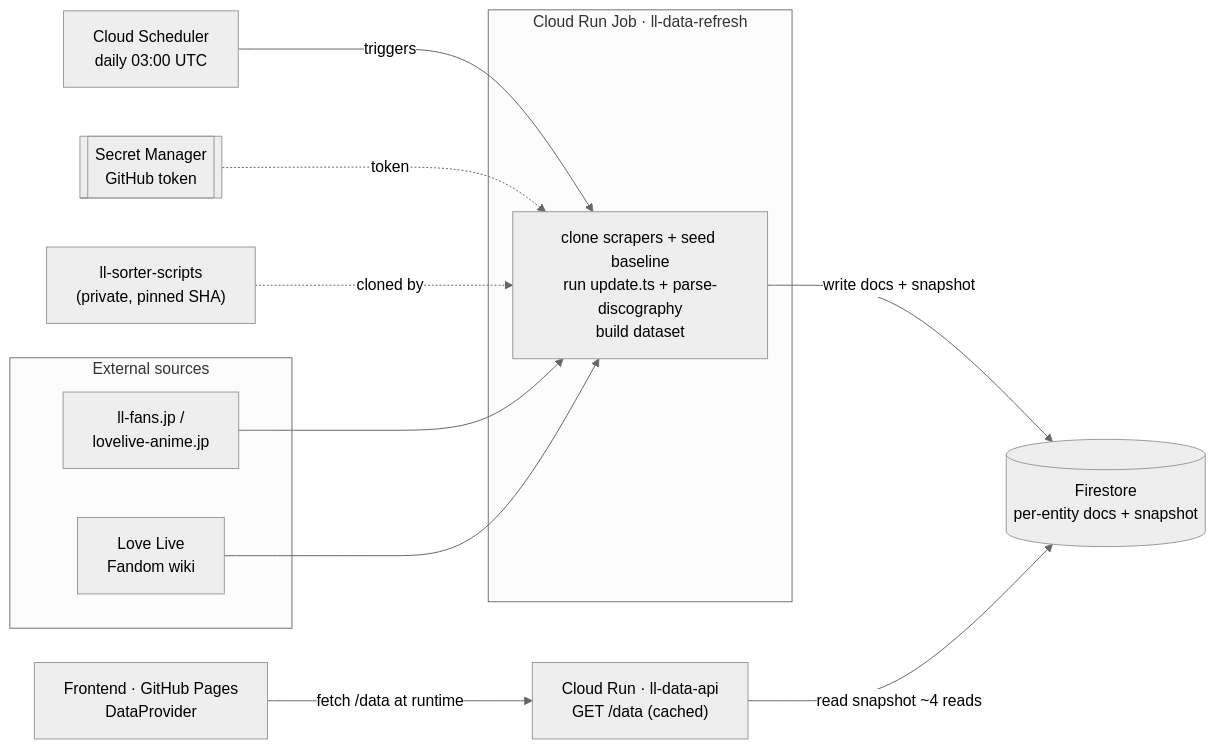
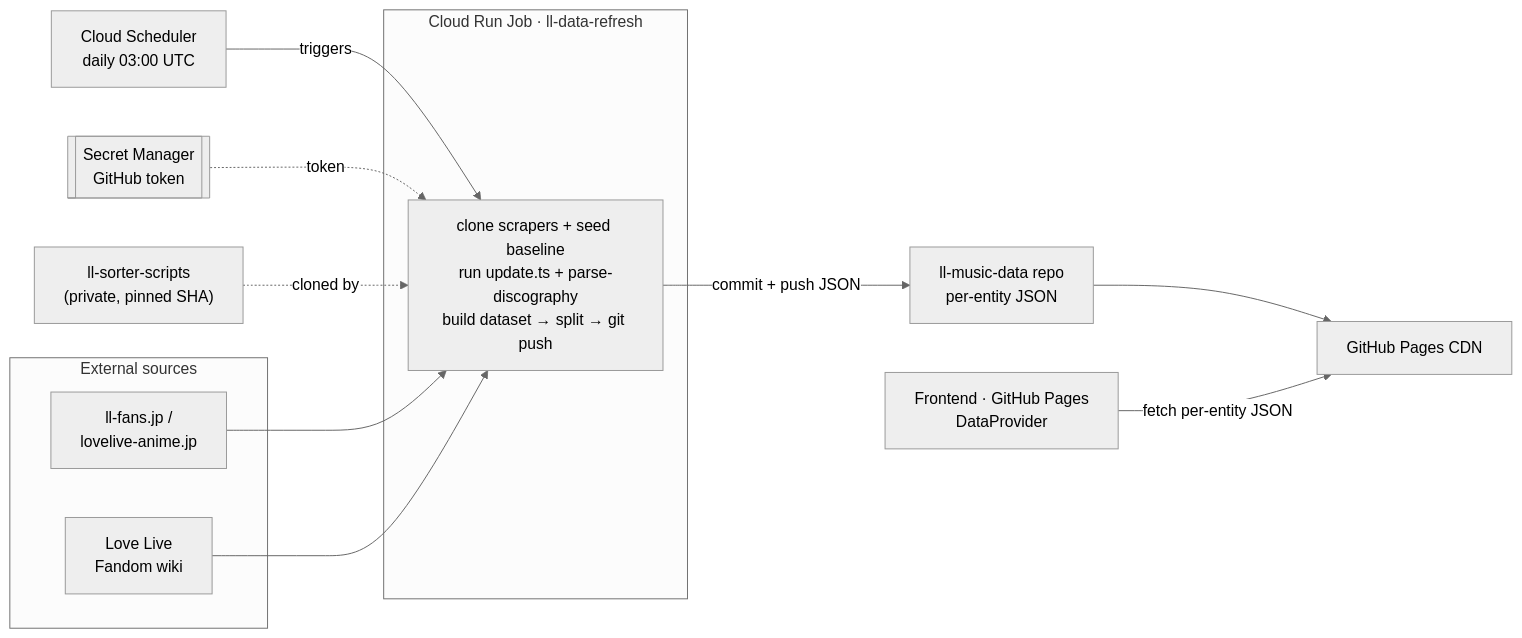
One commit to mting314/ll-music-reactions changed the first of 2 diagrams in pipeline/README.md. Above: the diagram before and after it, drawn with Mermaid (neutral theme). The commit also changed other lines of this file and 16 other files, not shown here.

First line of the commit message:
Publish JSON from the pipeline job; drop Firestore + data-api (#31)

````diff
--- a/pipeline/README.md
+++ b/pipeline/README.md
@@ -14,28 +12,28 @@
 ```mermaid
 flowchart LR
     subgraph ext["External sources"]
         LF["ll-fans.jp /<br/>lovelive-anime.jp"]
         WIKI["Love Live<br/>Fandom wiki"]
     end
 
     SCH["Cloud Scheduler<br/>daily 03:00 UTC"]
     SECRET[["Secret Manager<br/>GitHub token"]]
     SCRIPTS["ll-sorter-scripts<br/>(private, pinned SHA)"]
 
     subgraph job["Cloud Run Job · ll-data-refresh"]
-        REFRESH["clone scrapers + seed baseline<br/>run update.ts + parse-discography<br/>build dataset"]
+        REFRESH["clone scrapers + seed baseline<br/>run update.ts + parse-discography<br/>build dataset → split → git push"]
     end
 
-    FS[("Firestore<br/>per-entity docs + snapshot")]
-    API["Cloud Run · ll-data-api<br/>GET /data (cached)"]
+    REPO["ll-music-data repo<br/>per-entity JSON"]
+    PAGES["GitHub Pages CDN"]
     WEB["Frontend · GitHub Pages<br/>DataProvider"]
 
     SCH -->|triggers| REFRESH
     SECRET -.token.-> REFRESH
     SCRIPTS -.cloned by.-> REFRESH
     LF --> REFRESH
     WIKI --> REFRESH
-    REFRESH -->|write docs + snapshot| FS
-    API -->|read snapshot ~4 reads| FS
-    WEB -->|fetch /data at runtime| API
+    REFRESH -->|commit + push JSON| REPO
+    REPO --> PAGES
+    WEB -->|fetch per-entity JSON| PAGES
 ```
````
